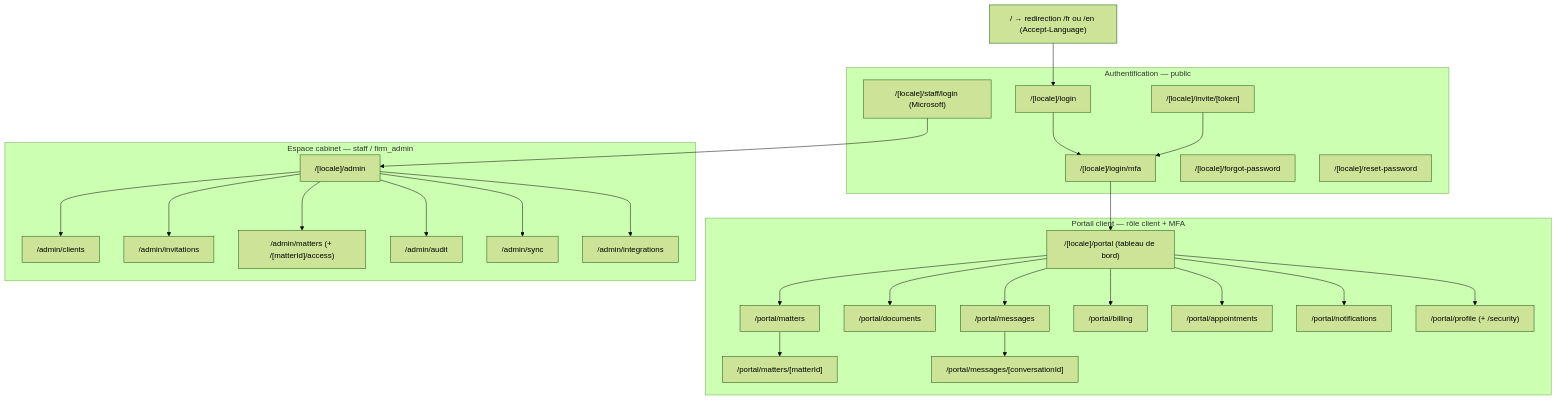
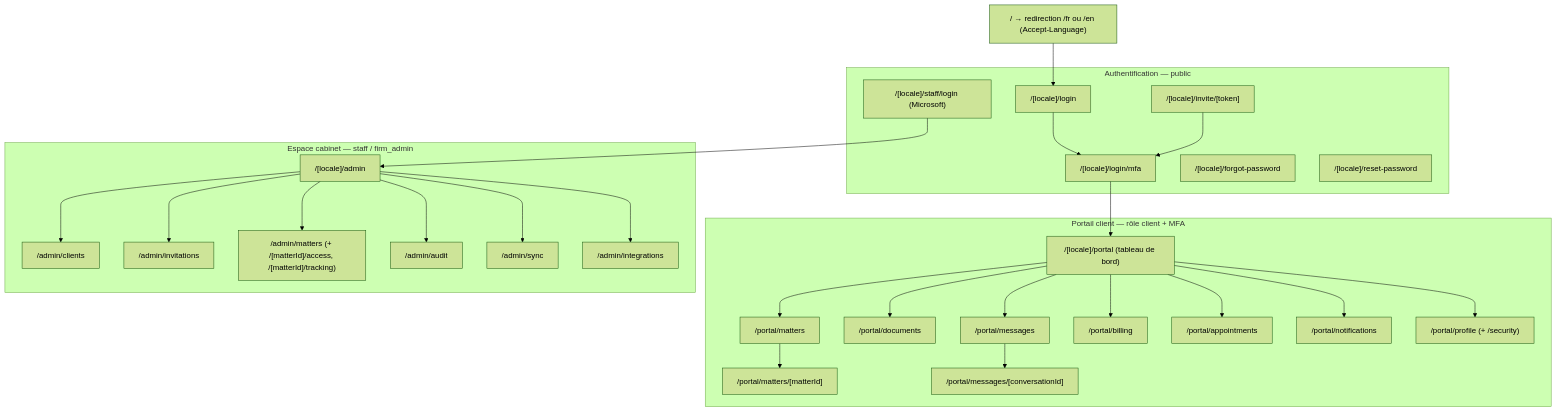
Before and after one commit to gestionsmartegy-create/lex-portal: the diagram in docs/page-map.md, drawn with Mermaid (forest theme). The commit also changed other lines of this file and 14 other files, not shown here.

````diff
--- a/docs/page-map.md
+++ b/docs/page-map.md
@@ -8,54 +8,54 @@
 ```mermaid
 graph TD
   ROOT["/ → redirection /fr ou /en (Accept-Language)"]
 
   subgraph AUTH["Authentification — public"]
     L["/[locale]/login"]
     MFA["/[locale]/login/mfa"]
     FP["/[locale]/forgot-password"]
     RP["/[locale]/reset-password"]
     INV["/[locale]/invite/[token]"]
     SL["/[locale]/staff/login (Microsoft)"]
   end
 
   subgraph PORTAL["Portail client — rôle client + MFA"]
     P0["/[locale]/portal (tableau de bord)"]
     P1["/portal/matters"]
     P1D["/portal/matters/[matterId]"]
     P2["/portal/documents"]
     P3["/portal/messages"]
     P3D["/portal/messages/[conversationId]"]
     P4["/portal/billing"]
     P5["/portal/appointments"]
     P6["/portal/notifications"]
     P7["/portal/profile (+ /security)"]
   end
 
   subgraph ADMIN["Espace cabinet — staff / firm_admin"]
     A0["/[locale]/admin"]
     A1["/admin/clients"]
     A2["/admin/invitations"]
-    A3["/admin/matters (+ /[matterId]/access)"]
+    A3["/admin/matters (+ /[matterId]/access, /[matterId]/tracking)"]
     A4["/admin/audit"]
     A5["/admin/sync"]
     A6["/admin/integrations"]
   end
 
   ROOT --> L
   L --> MFA --> P0
   INV --> MFA
   SL --> A0
   P0 --> P1 --> P1D
   P0 --> P2
   P0 --> P3 --> P3D
   P0 --> P4
   P0 --> P5
   P0 --> P6
   P0 --> P7
   A0 --> A1
   A0 --> A2
   A0 --> A3
   A0 --> A4
   A0 --> A5
   A0 --> A6
 ```
````
